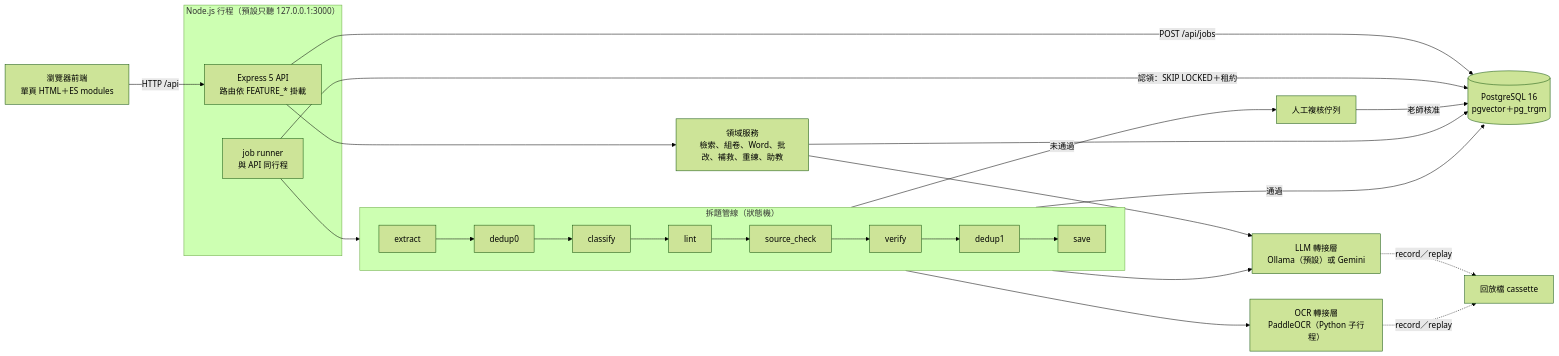
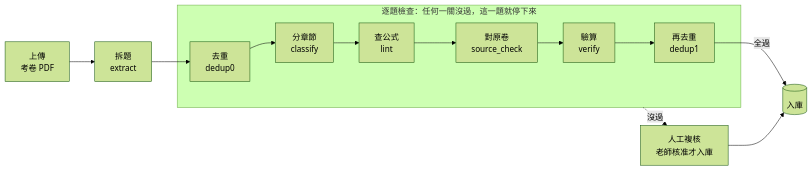
One commit to Tom-Yang-Ben/tutor-exam-bank changed the second of 2 diagrams in README.md. Above: the diagram before and after it, drawn with Mermaid (forest theme). The commit also changed other lines of this file and 2 other files, not shown here.

First line of the commit message:
docs(readme): 重排截圖版面，系統架構圖拆成兩張並改用中文標籤

````diff
--- a/README.md
+++ b/README.md
@@ -51,25 +66,11 @@
 ```mermaid
 flowchart LR
-    UI["瀏覽器前端<br/>單頁 HTML＋ES modules"] -->|"HTTP /api"| API
-    subgraph PROC["Node.js 行程（預設只聽 127.0.0.1:3000）"]
-        API["Express 5 API<br/>路由依 FEATURE_* 掛載"]
-        RUN["job runner<br/>與 API 同行程"]
+    U["上傳<br/>考卷 PDF"] --> E["拆題<br/>extract"]
+    subgraph CHK["逐題檢查：任何一關沒過，這一題就停下來"]
+        H["去重<br/>dedup0"] --> C["分章節<br/>classify"] --> L["查公式<br/>lint"] --> S["對原卷<br/>source_check"] --> V["驗算<br/>verify"] --> X["再去重<br/>dedup1"]
     end
-    API -->|"POST /api/jobs"| DB
-    RUN -->|"認領：SKIP LOCKED＋租約"| DB[("PostgreSQL 16<br/>pgvector＋pg_trgm")]
-    RUN --> PIPE
-    subgraph PIPE["拆題管線（狀態機）"]
-        direction LR
-        N1["extract"] --> N2["dedup0"] --> N3["classify"] --> N4["lint"] --> N5["source_check"] --> N6["verify"] --> N7["dedup1"] --> N8["save"]
-    end
-    PIPE -->|"通過"| DB
-    PIPE -->|"未通過"| REV["人工複核佇列"]
-    REV -->|"老師核准"| DB
-    API --> SVC["領域服務<br/>檢索、組卷、Word、批改、補救、重練、助教"]
-    SVC --> DB
-    N1 --> OCR["OCR 轉接層<br/>PaddleOCR（Python 子行程）"]
-    PIPE --> LLM["LLM 轉接層<br/>Ollama（預設）或 Gemini"]
-    SVC --> LLM
-    LLM -.->|"record／replay"| CAS["回放檔 cassette"]
-    OCR -.->|"record／replay"| CAS
+    E --> H
+    X -->|"全過"| K[("入庫")]
+    CHK -.->|"沒過"| R["人工複核<br/>老師核准才入庫"]
+    R --> K
 ```
````
